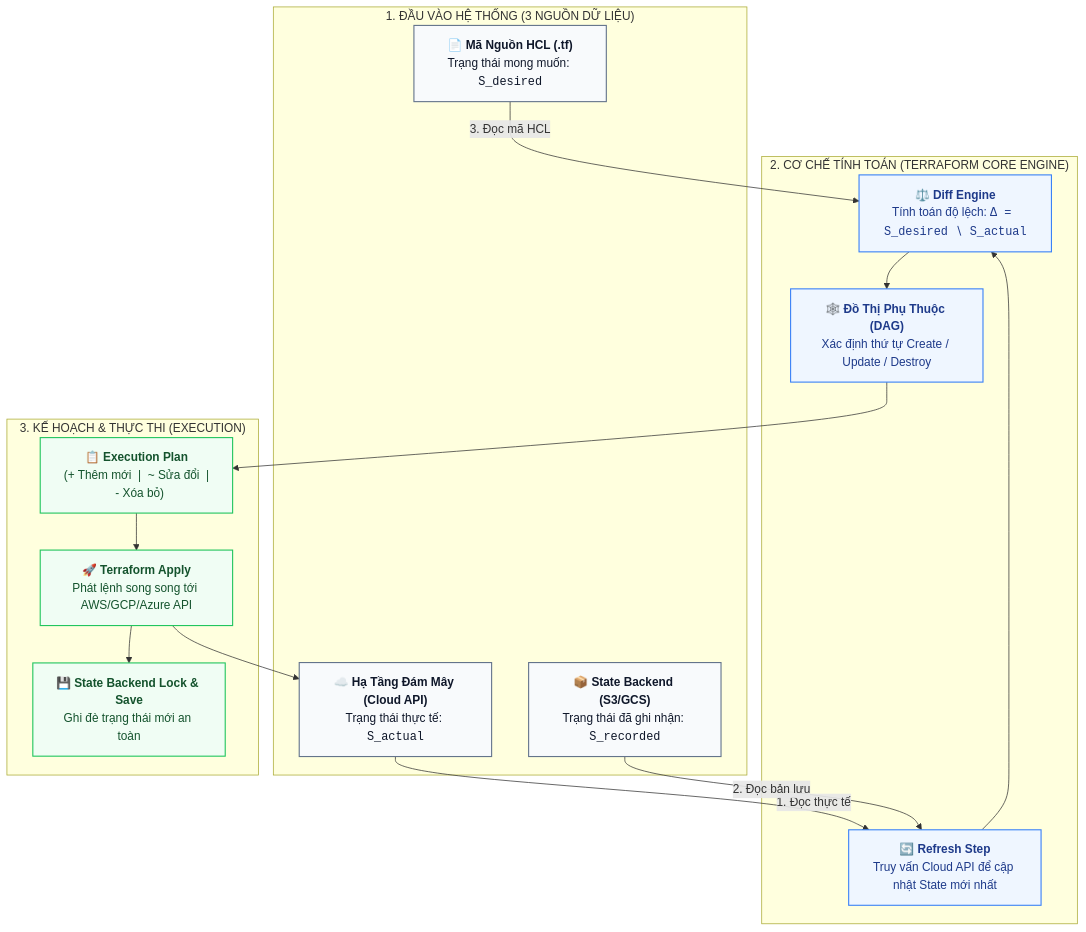
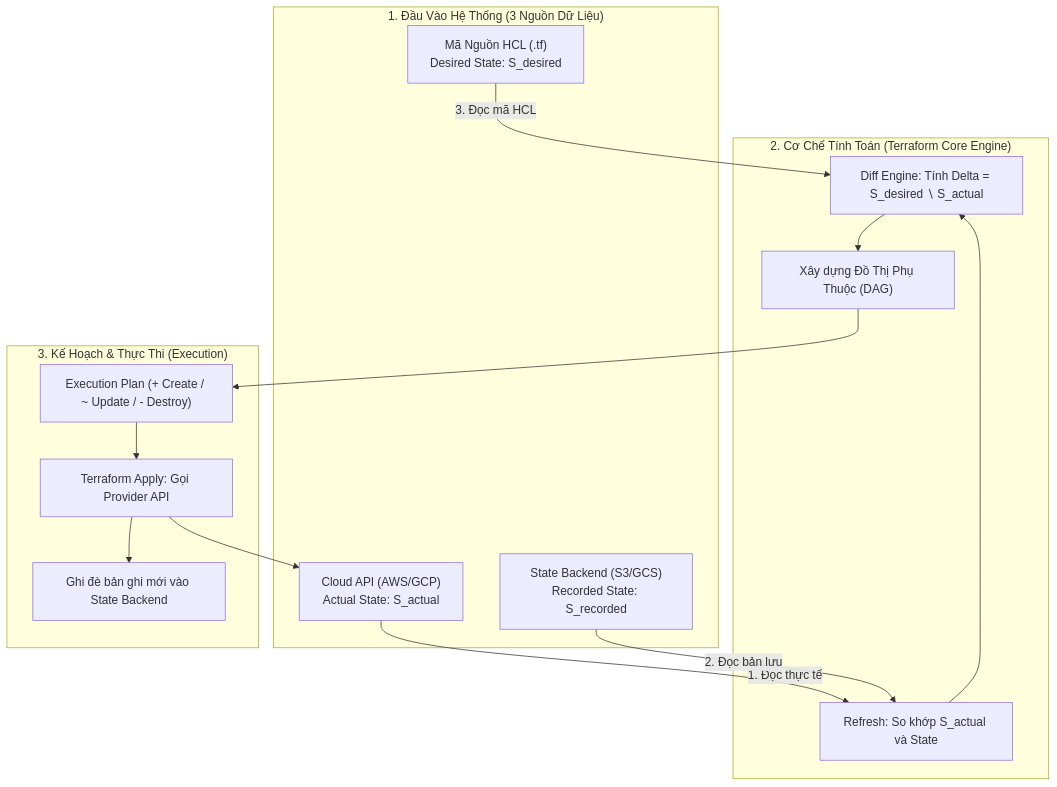
One commit to kiennt308/ntk changed the second of 3 diagrams in _posts/2026-09-13-terraform-01-01-tu-duy-declarative-iac-so-sanh-thuc-chien-terraform-ansible-pulumi.md. Above: the diagram before and after it, drawn with Mermaid. The commit also changed other lines of this file and 1 other file, not shown here.

Commit message:
fix(post-01): fix table markdown rendering and mermaid syntax compatibility

````diff
--- a/_posts/2026-09-13-terraform-01-01-tu-duy-declarative-iac-so-sanh-thuc-chien-terraform-ansible-pulumi.md
+++ b/_posts/2026-09-13-terraform-01-01-tu-duy-declarative-iac-so-sanh-thuc-chien-terraform-ansible-pulumi.md
@@ -90,38 +77,30 @@
 ```mermaid
 flowchart TD
-    subgraph INPUTS["1. ĐẦU VÀO HỆ THỐNG (3 NGUỒN DỮ LIỆU)"]
-        HCL["📄 <b>Mã Nguồn HCL (.tf)</b><br/>Trạng thái mong muốn: <code>S_desired</code>"]
-        STATE["📦 <b>State Backend (S3/GCS)</b><br/>Trạng thái đã ghi nhận: <code>S_recorded</code>"]
-        CLOUD["☁️ <b>Hạ Tầng Đám Mây (Cloud API)</b><br/>Trạng thái thực tế: <code>S_actual</code>"]
+    subgraph Inputs["1. Đầu Vào Hệ Thống (3 Nguồn Dữ Liệu)"]
+        HCL["Mã Nguồn HCL (.tf)<br/>Desired State: S_desired"]
+        STATE["State Backend (S3/GCS)<br/>Recorded State: S_recorded"]
+        CLOUD["Cloud API (AWS/GCP)<br/>Actual State: S_actual"]
     end
 
-    subgraph CORE["2. CƠ CHẾ TÍNH TOÁN (TERRAFORM CORE ENGINE)"]
-        REFRESH["🔄 <b>Refresh Step</b><br/>Truy vấn Cloud API để cập nhật State mới nhất"]
-        DIFF["⚖️ <b>Diff Engine</b><br/>Tính toán độ lệch: <code>Δ = S_desired ∖ S_actual</code>"]
-        DAG["🕸️ <b>Đồ Thị Phụ Thuộc (DAG)</b><br/>Xác định thứ tự Create / Update / Destroy"]
+    subgraph Core["2. Cơ Chế Tính Toán (Terraform Core Engine)"]
+        REFRESH["Refresh: So khớp S_actual và State"]
+        DIFF["Diff Engine: Tính Delta = S_desired ∖ S_actual"]
+        DAG["Xây dựng Đồ Thị Phụ Thuộc (DAG)"]
     end
 
-    subgraph ACTIONS["3. KẾ HOẠCH & THỰC THI (EXECUTION)"]
-        PLAN["📋 <b>Execution Plan</b><br/>(+ Thêm mới &nbsp;|&nbsp; ~ Sửa đổi &nbsp;|&nbsp; - Xóa bỏ)"]
-        APPLY["🚀 <b>Terraform Apply</b><br/>Phát lệnh song song tới AWS/GCP/Azure API"]
-        NEW_STATE["💾 <b>State Backend Lock & Save</b><br/>Ghi đè trạng thái mới an toàn"]
+    subgraph Outputs["3. Kế Hoạch & Thực Thi (Execution)"]
+        PLAN["Execution Plan (+ Create / ~ Update / - Destroy)"]
+        APPLY["Terraform Apply: Gọi Provider API"]
+        NEW_STATE["Ghi đè bản ghi mới vào State Backend"]
     end
 
     CLOUD -->|1. Đọc thực tế| REFRESH
     STATE -->|2. Đọc bản lưu| REFRESH
     REFRESH --> DIFF
     HCL -->|3. Đọc mã HCL| DIFF
     DIFF --> DAG
     DAG --> PLAN
     PLAN --> APPLY
     APPLY --> CLOUD
     APPLY --> NEW_STATE
-
-    classDef inputStyle fill:#f8fafc,stroke:#64748b,stroke-width:1.5px,color:#0f172a
-    classDef coreStyle fill:#eff6ff,stroke:#3b82f6,stroke-width:1.5px,color:#1e3a8a
-    classDef actionStyle fill:#f0fdf4,stroke:#22c55e,stroke-width:1.5px,color:#14532d
-
-    class HCL,STATE,CLOUD inputStyle
-    class REFRESH,DIFF,DAG coreStyle
-    class PLAN,APPLY,NEW_STATE actionStyle
 ```
````
